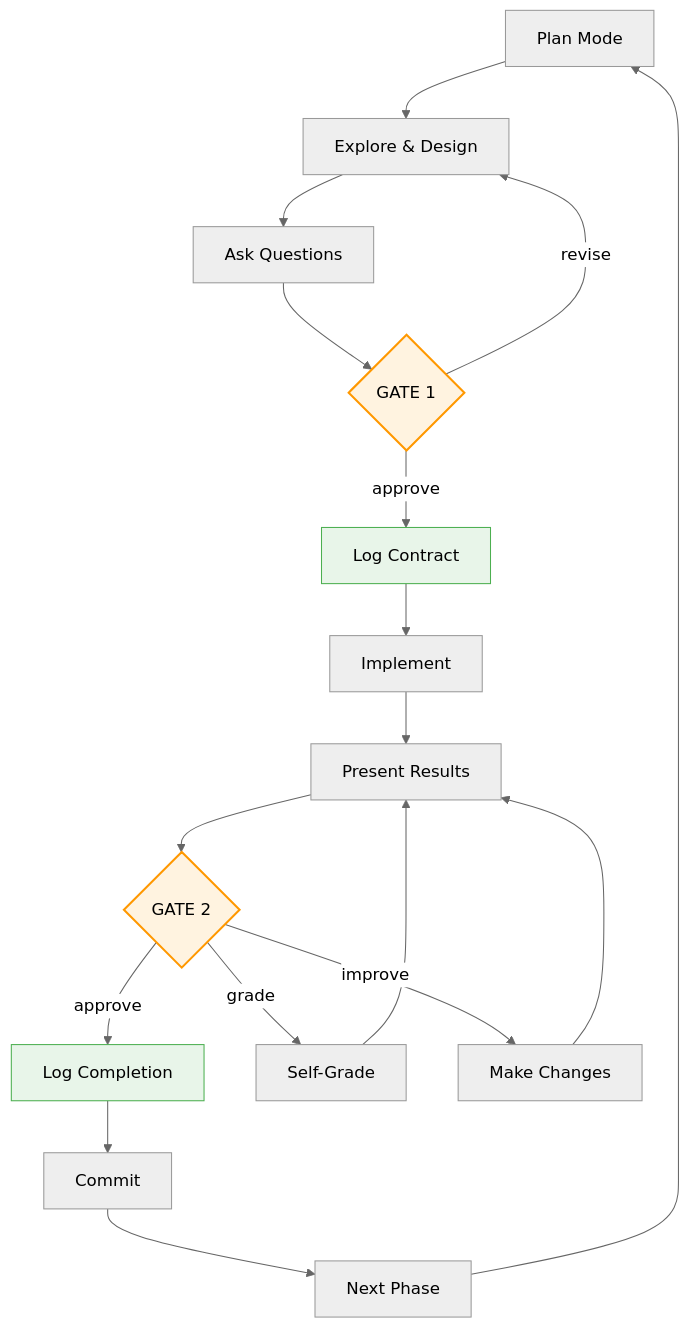
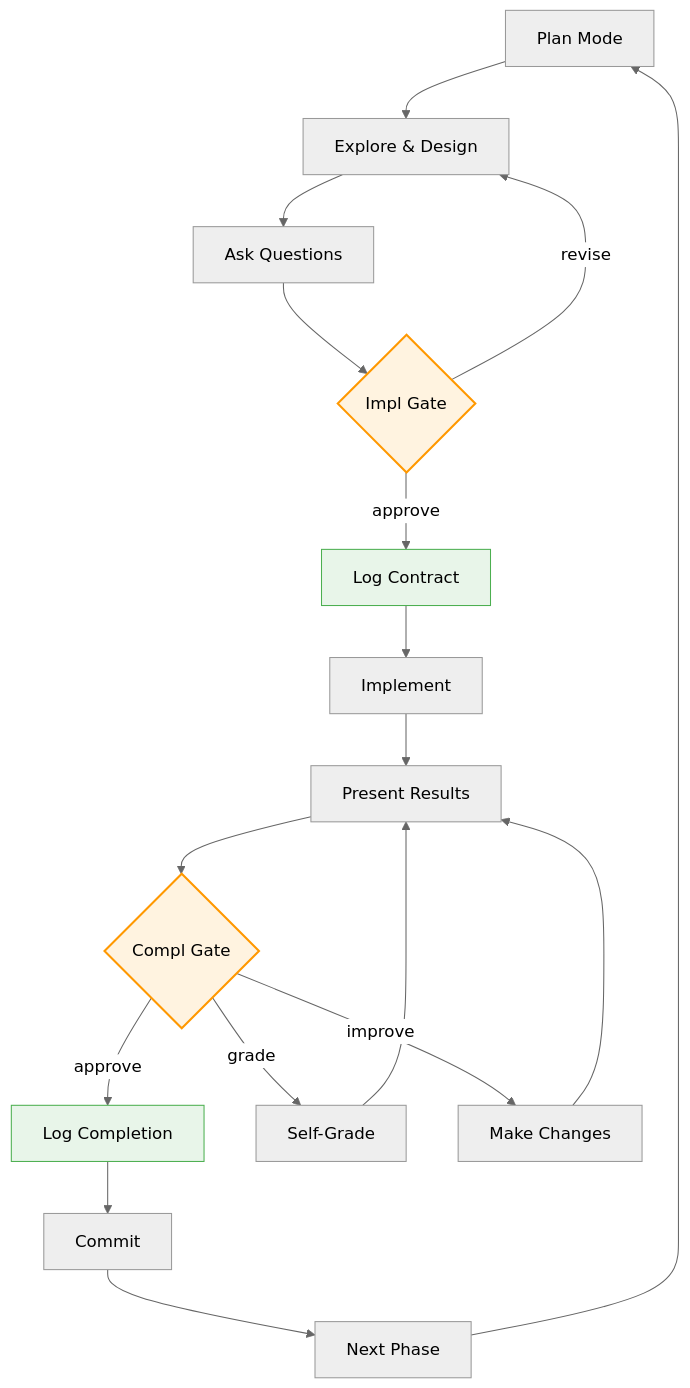
One commit to binaryphile/tandem-protocol changed the diagram in README.md. Above: the diagram before and after it, drawn with Mermaid (neutral theme). The commit also changed other lines of this file, not shown here.

Commit message:
Fix gate naming consistency throughout
- GATE 1 ACTIONS → IMPLEMENTATION GATE ACTIONS
- GATE 2 ACTIONS → COMPLETION GATE ACTIONS
- Update mermaid diagram: Impl Gate, Compl Gate

````diff
--- a/README.md
+++ b/README.md
@@ -58,25 +58,25 @@
 ```mermaid
 flowchart TD
     PLAN[Plan Mode] --> EXPLORE[Explore & Design]
     EXPLORE --> ASK[Ask Questions]
-    ASK --> G1{GATE 1}
+    ASK --> G1{Impl Gate}
     G1 -->|approve| LOG1[Log Contract]
     LOG1 --> IMPL[Implement]
     IMPL --> PRESENT[Present Results]
-    PRESENT --> G2{GATE 2}
+    PRESENT --> G2{Compl Gate}
     G2 -->|approve| LOG2[Log Completion]
     LOG2 --> COMMIT[Commit]
     COMMIT --> NEXT[Next Phase]
     NEXT --> PLAN
 
     G1 -->|revise| EXPLORE
     G2 -->|grade| GRADE[Self-Grade]
     G2 -->|improve| IMPROVE[Make Changes]
     GRADE --> PRESENT
     IMPROVE --> PRESENT
 
     style G1 fill:#fff3e0,stroke:#ff9800,stroke-width:2px
     style G2 fill:#fff3e0,stroke:#ff9800,stroke-width:2px
     style LOG1 fill:#e8f5e9,stroke:#4caf50
     style LOG2 fill:#e8f5e9,stroke:#4caf50
 ```
````
